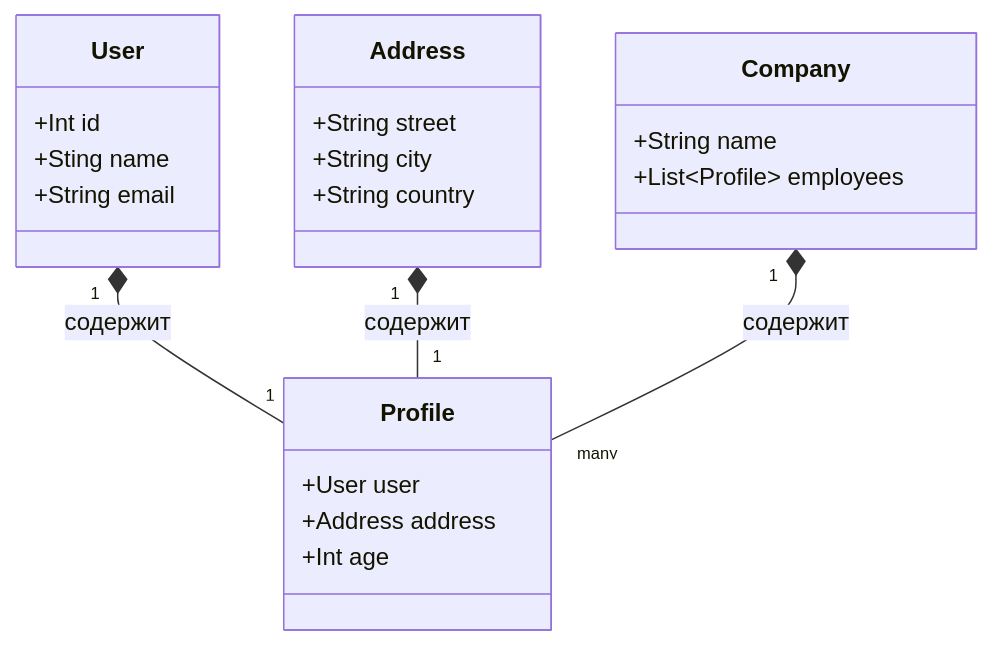
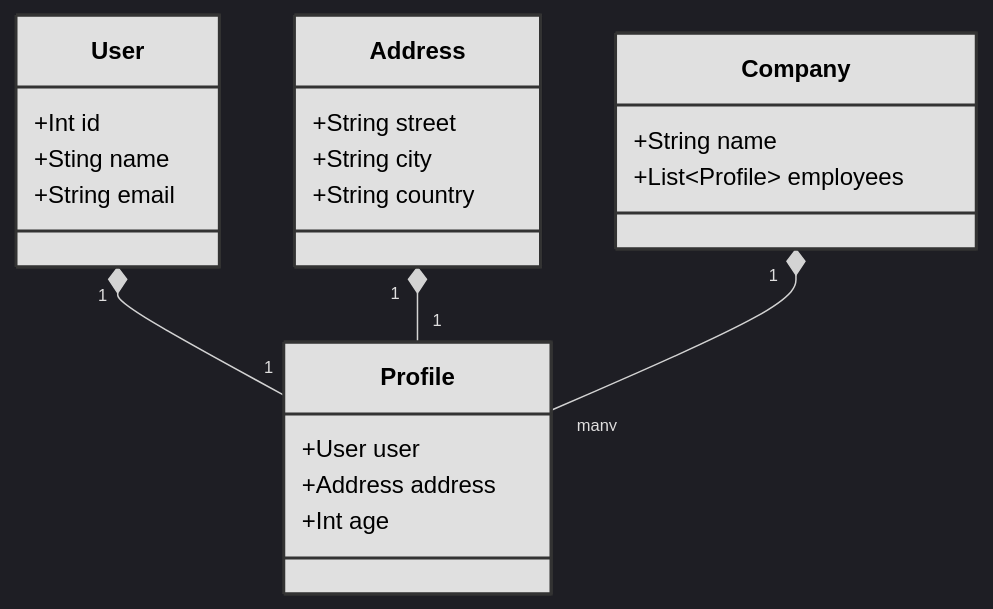
The diagram in README.md (sanai1/TaskThreeKFD), drawn with Mermaid before and after one commit. The commit also changed other lines of this file, not shown here.

````diff
--- a/README.md
+++ b/README.md
@@ -13,30 +13,36 @@
 ```mermaid
+%%{init: {'theme': 'dark'}}%%
 classDiagram
     class User {
         +Int id
         +Sting name
         +String email
     }
     
     class Address {
         +String street
         +String city
         +String country
     }
     
     class Profile {
         +User user
         +Address address
         +Int age
     }
     
-    User "1" *-- "1" Profile : содержит
-    Address "1" *-- "1" Profile : содержит
+    User "1" *-- "1" Profile
+    Address "1" *-- "1" Profile
     
     class Company {
         +String name
         +List~Profile~ employees
     }
     
-    Company "1" *-- "many" Profile : содержит
+    Company "1" *-- "many" Profile
+
+    style User fill:#e0e0e0,stroke:#333,stroke-width:2px,color:#000000
+    style Address fill:#e0e0e0,stroke:#333,stroke-width:2px,color:#000000
+    style Profile fill:#e0e0e0,stroke:#333,stroke-width:2px,color:#000000
+    style Company fill:#e0e0e0,stroke:#333,stroke-width:2px,color:#000000
 ```
````
